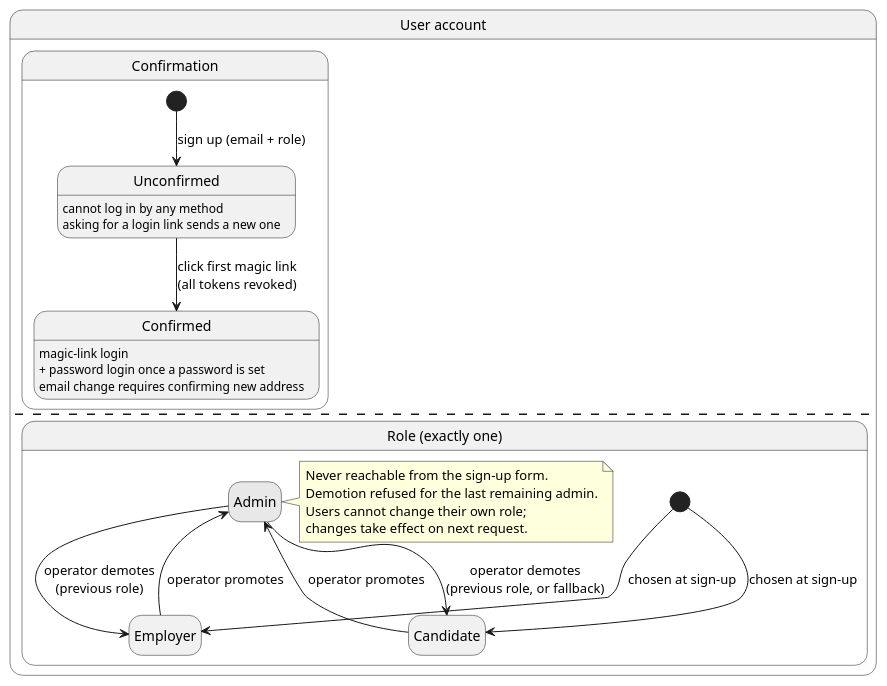
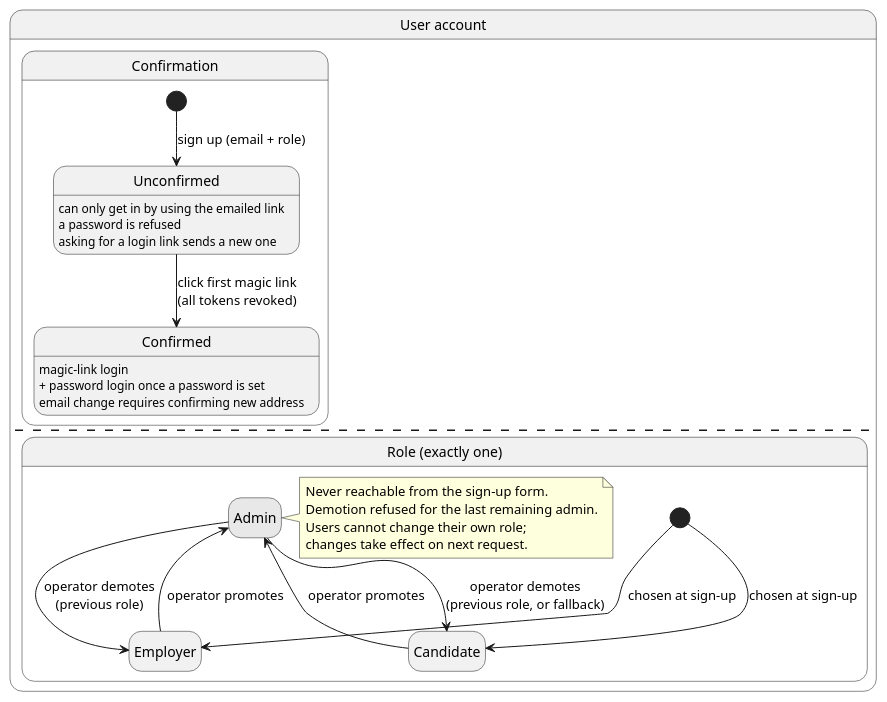
One commit to raseniero/jairojobs-elixir changed the diagram in docs/specs/001-accounts-authentication/diagrams/state-account.puml. Above: the diagram before and after it, drawn with PlantUML. The commit also changed 4 other files, not shown here.

Commit message:
docs(spec 001): tighten REQ-001-3 wording on unconfirmed accounts; align two diagrams

```diff
--- a/docs/specs/001-accounts-authentication/diagrams/state-account.puml
+++ b/docs/specs/001-accounts-authentication/diagrams/state-account.puml
@@ -1,44 +1,45 @@
 @startuml state-account
 ' Spec 001 — account lifecycle. Two independent aspects of a user:
 '   (1) confirmation state   (2) role
 ' Must agree with REQ-001-2, REQ-001-3, REQ-001-9, REQ-001-10, REQ-001-11.
 
 hide empty description
 skinparam state {
   BackgroundColor<<admin>> #E8E8E8
 }
 
 state "User account" as Account {
   state "Confirmation" as Conf {
     [*] --> Unconfirmed : sign up (email + role)
-    Unconfirmed : cannot log in by any method
+    Unconfirmed : can only get in by using the emailed link
+    Unconfirmed : a password is refused
     Unconfirmed : asking for a login link sends a new one
     Unconfirmed --> Confirmed : click first magic link\n(all tokens revoked)
     Confirmed : magic-link login
     Confirmed : + password login once a password is set
     Confirmed : email change requires confirming new address
   }
   --
   state "Role (exactly one)" as Role {
     state Candidate
     state Employer
     state Admin <<admin>>
 
     [*] --> Candidate : chosen at sign-up
     [*] --> Employer : chosen at sign-up
 
     Candidate --> Admin : operator promotes
     Employer --> Admin : operator promotes
     Admin --> Candidate : operator demotes\n(previous role, or fallback)
     Admin --> Employer : operator demotes\n(previous role)
 
     note right of Admin
       Never reachable from the sign-up form.
       Demotion refused for the last remaining admin.
       Users cannot change their own role;
       changes take effect on next request.
     end note
   }
 }
 
 @enduml
```
